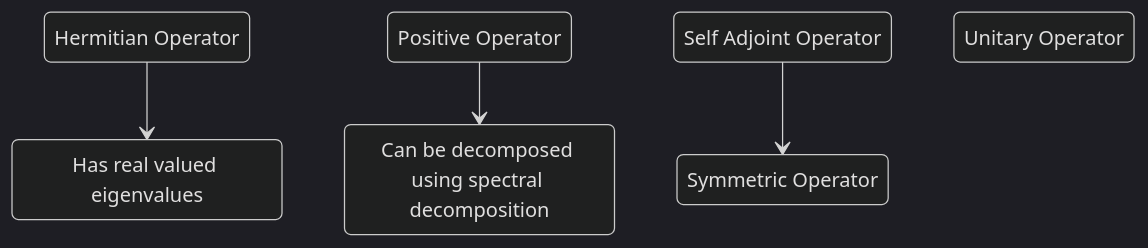
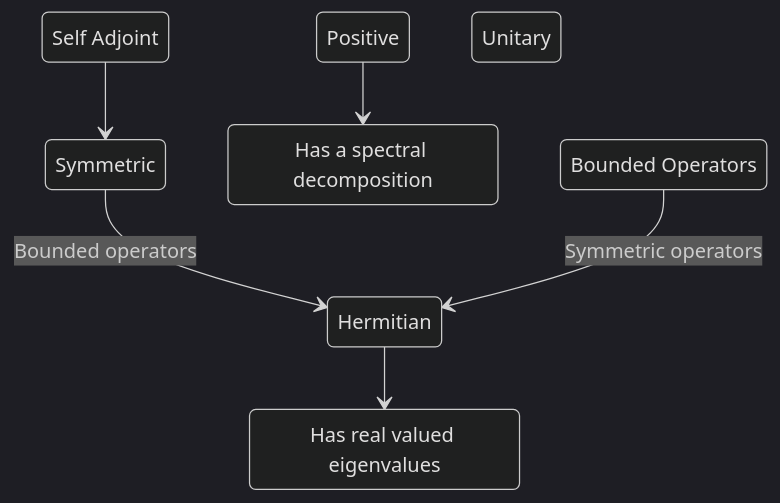
The diagram in content/📐 Metric Spaces/Operators/📘 Linear Operator.md (migueltorrescosta/collapsedwave), drawn with Mermaid (dark theme) before and after one commit. The commit also changed other lines of this file and 25 other files, not shown here.

````diff
--- a/content/📐 Metric Spaces/Operators/📘 Linear Operator.md
+++ b/content/📐 Metric Spaces/Operators/📘 Linear Operator.md
@@ -24,13 +25,16 @@
 ```mermaid
 stateDiagram
-	Hermitian: Hermitian Operator
-	Positive: Positive Operator
+	Hermitian: Hermitian
+	Positive: Positive
+	Bounded: Bounded Operators
 	Real: Has real valued eigenvalues
-	SelfAdjoint: Self Adjoint Operator
-	Spectral: Can be decomposed using spectral decomposition
-	Symmetric: Symmetric Operator
-	Unitary: Unitary Operator
+	SelfAdjoint: Self Adjoint
+	Spectral: Has a spectral decomposition
+	Symmetric: Symmetric
+	Unitary: Unitary
+	Symmetric --> Hermitian : Bounded operators
+	Bounded --> Hermitian : Symmetric operators
 	Positive --> Spectral
 	Hermitian --> Real
 	SelfAdjoint --> Symmetric
 ```
````
